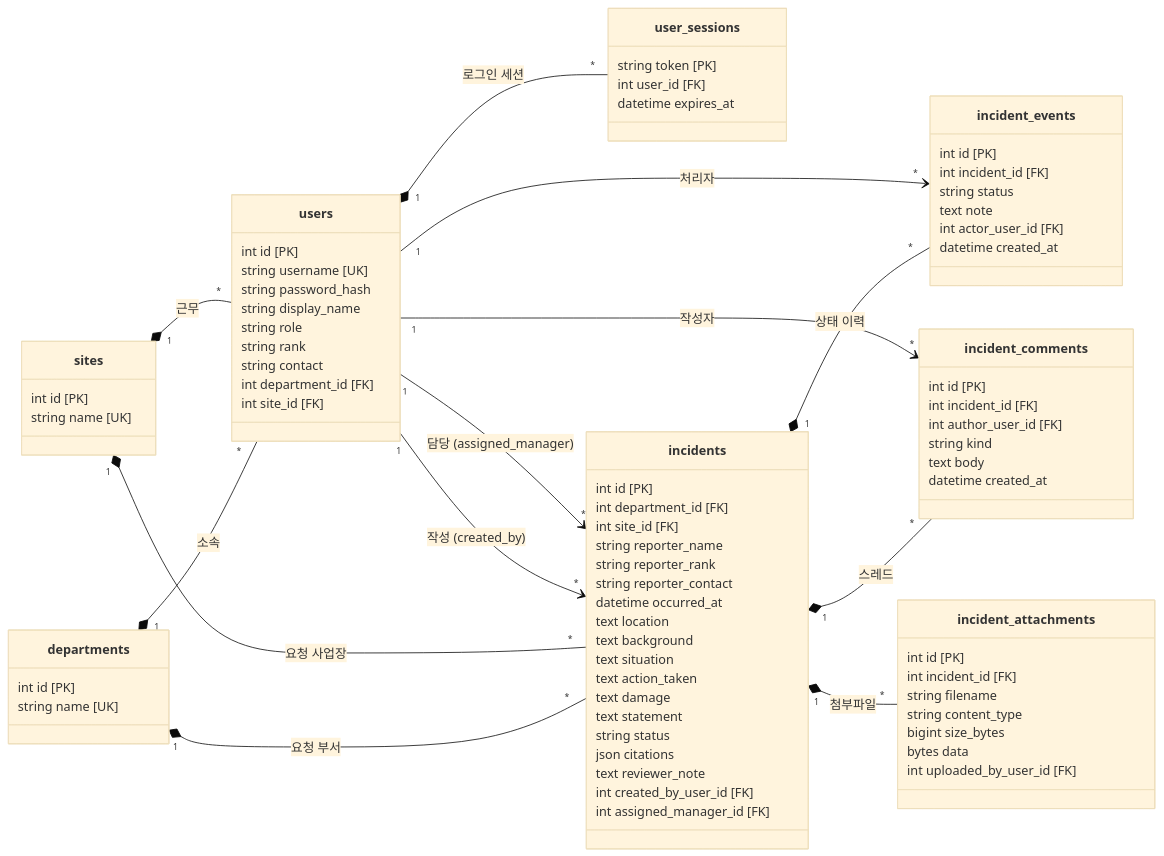
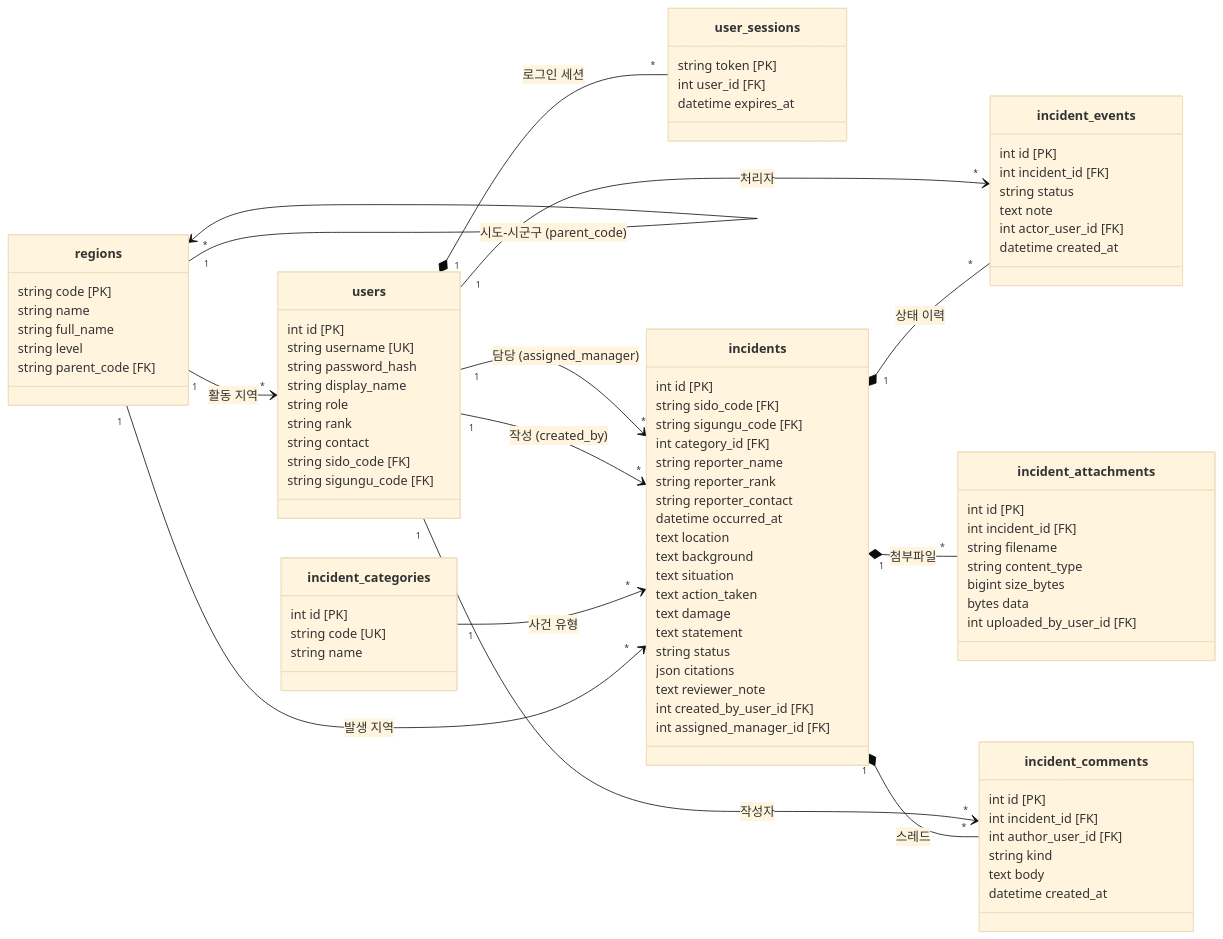
Before and after one commit to hugingstar/LawGraphRAG: the fourth of 4 diagrams in README.md, drawn with Mermaid (base theme). The commit also changed other lines of this file and 39 other files, not shown here.

```diff
--- a/README.md
+++ b/README.md
@@ -208,14 +235,18 @@
 classDiagram
     direction LR
 
-    class departments {
-        int id [PK]
-        string name [UK]
+    class regions {
+        string code [PK]
+        string name
+        string full_name
+        string level
+        string parent_code [FK]
     }
 
-    class sites {
+    class incident_categories {
         int id [PK]
-        string name [UK]
+        string code [UK]
+        string name
     }
 
     class users {
@@ -226,8 +257,8 @@
         string role
         string rank
         string contact
-        int department_id [FK]
-        int site_id [FK]
+        string sido_code [FK]
+        string sigungu_code [FK]
     }
 
     class user_sessions {
@@ -238,8 +269,9 @@
 
     class incidents {
         int id [PK]
-        int department_id [FK]
-        int site_id [FK]
+        string sido_code [FK]
+        string sigungu_code [FK]
+        int category_id [FK]
         string reporter_name
         string reporter_rank
         string reporter_contact
@@ -285,11 +317,11 @@
         int uploaded_by_user_id [FK]
     }
 
-    departments "1" *-- "*" users : 소속
-    sites "1" *-- "*" users : 근무
+    regions "1" --> "*" regions : 시도-시군구 (parent_code)
+    regions "1" --> "*" users : 활동 지역
     users "1" *-- "*" user_sessions : 로그인 세션
-    departments "1" *-- "*" incidents : 요청 부서
-    sites "1" *-- "*" incidents : 요청 사업장
+    regions "1" --> "*" incidents : 발생 지역
+    incident_categories "1" --> "*" incidents : 사건 유형
     users "1" --> "*" incidents : 작성 (created_by)
     users "1" --> "*" incidents : 담당 (assigned_manager)
     incidents "1" *-- "*" incident_events : 상태 이력
```
